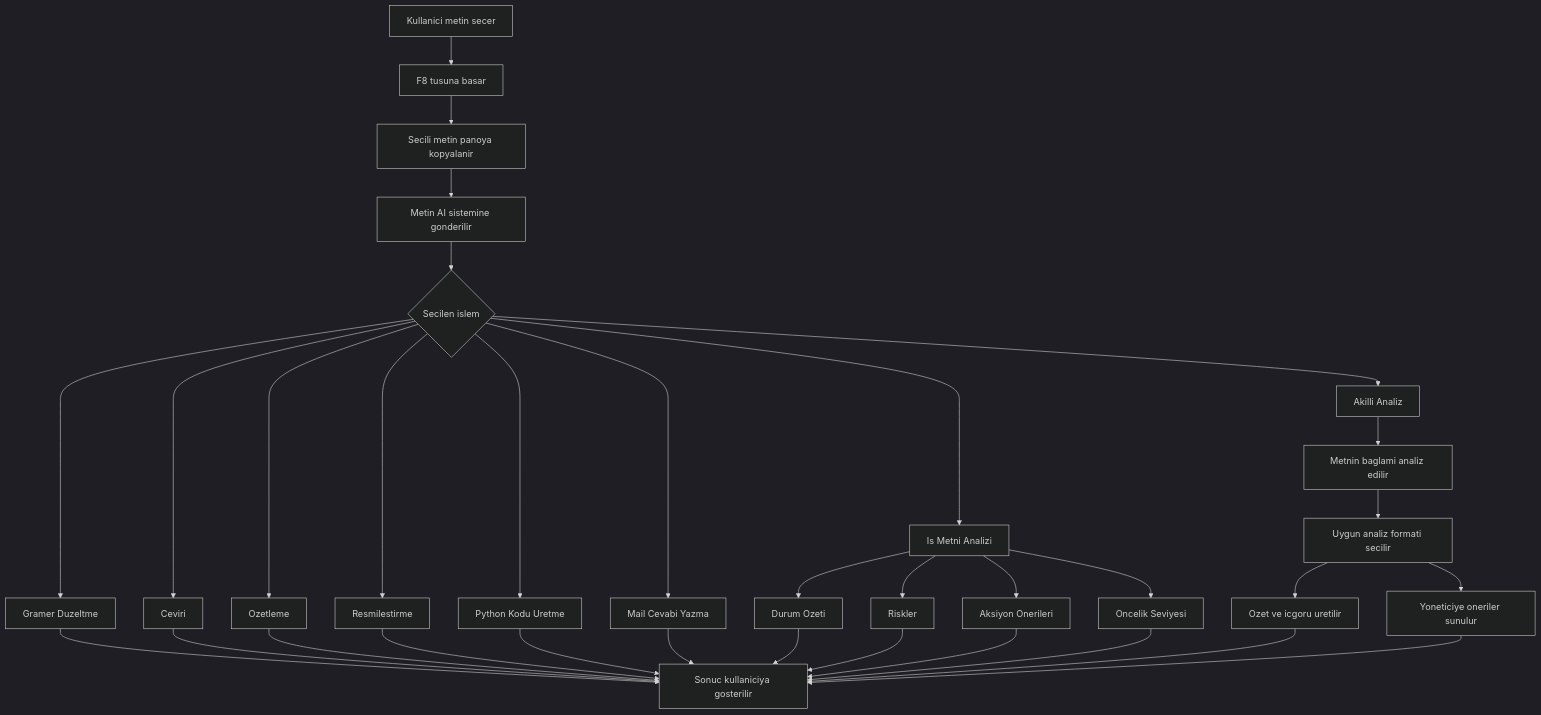
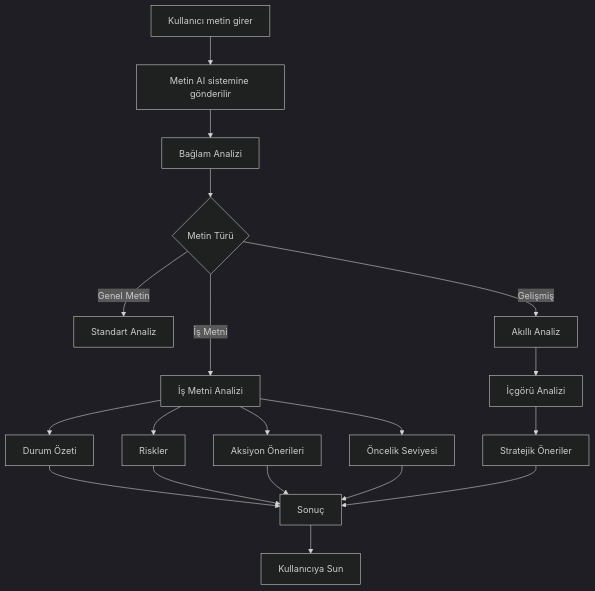
One commit to HamzAltunkaynak/ai-text-analyzer changed the diagram in README.md. Above: the diagram before and after it, drawn with Mermaid (dark theme). The commit also changed other lines of this file, not shown here.

````diff
--- a/README.md
+++ b/README.md
@@ -133,41 +54,28 @@
 ```mermaid
 flowchart TD
 
-A["Kullanici metin secer"] --> B["F8 tusuna basar"]
-B --> C["Secili metin panoya kopyalanir"]
-C --> D["Metin AI sistemine gonderilir"]
+A[Kullanıcı metin girer] --> B[Metin AI sistemine gönderilir]
+B --> C[Bağlam Analizi]
 
-D --> E{"Secilen islem"}
+C --> D{Metin Türü}
 
-E --> F["Gramer Duzeltme"]
-E --> G["Ceviri"]
-E --> H["Ozetleme"]
-E --> I["Resmilestirme"]
-E --> J["Python Kodu Uretme"]
-E --> K["Mail Cevabi Yazma"]
-E --> L["Is Metni Analizi"]
-E --> M["Akilli Analiz"]
+D -->|İş Metni| E[İş Metni Analizi]
+D -->|Genel Metin| F[Standart Analiz]
+D -->|Gelişmiş| G[Akıllı Analiz]
 
-L --> N["Durum Ozeti"]
-L --> O["Riskler"]
-L --> P["Aksiyon Onerileri"]
-L --> Q["Oncelik Seviyesi"]
+E --> H[Durum Özeti]
+E --> I[Riskler]
+E --> J[Aksiyon Önerileri]
+E --> K[Öncelik Seviyesi]
 
-M --> R["Metnin baglami analiz edilir"]
-R --> S["Uygun analiz formati secilir"]
-S --> T["Ozet ve icgoru uretilir"]
-S --> U["Yoneticiye oneriler sunulur"]
+G --> L[İçgörü Analizi]
+L --> M[Stratejik Öneriler]
 
-F --> V["Sonuc kullaniciya gosterilir"]
-G --> V
-H --> V
-I --> V
-J --> V
-K --> V
-N --> V
-O --> V
-P --> V
-Q --> V
-T --> V
-U --> V
+H --> N[Sonuç]
+I --> N
+J --> N
+K --> N
+M --> N
+
+N --> O[Kullanıcıya Sun]
 ```
````
